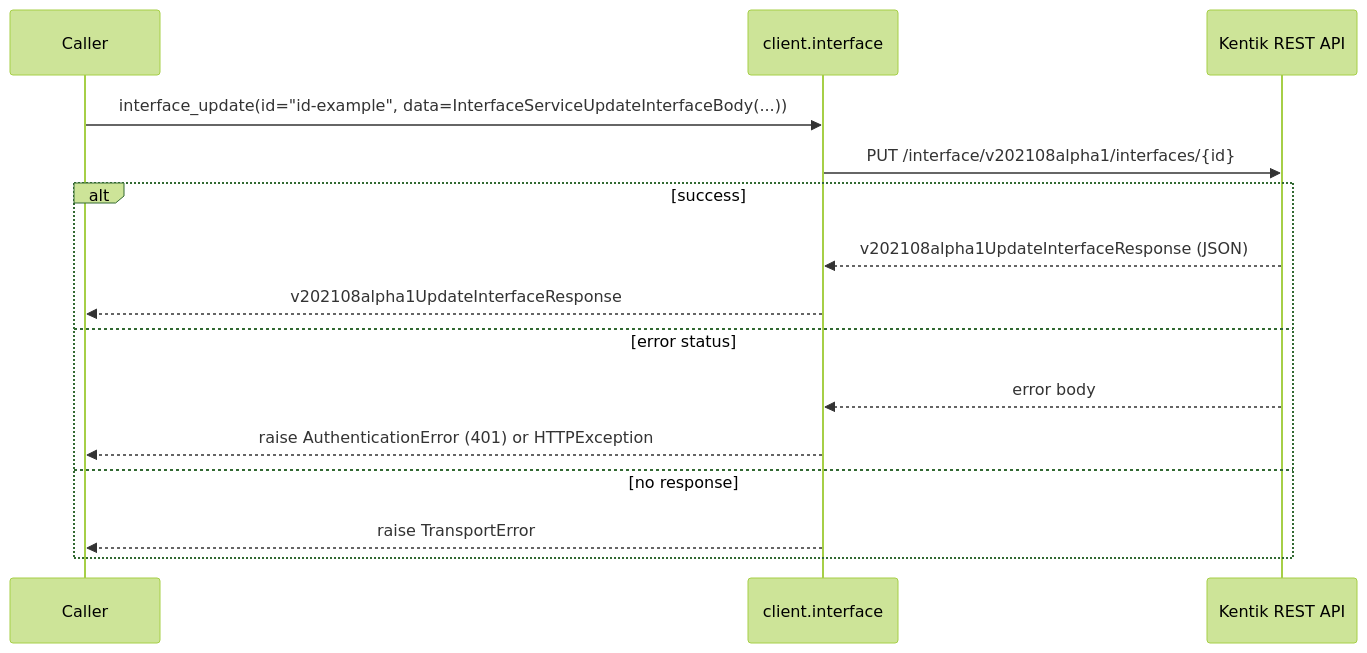
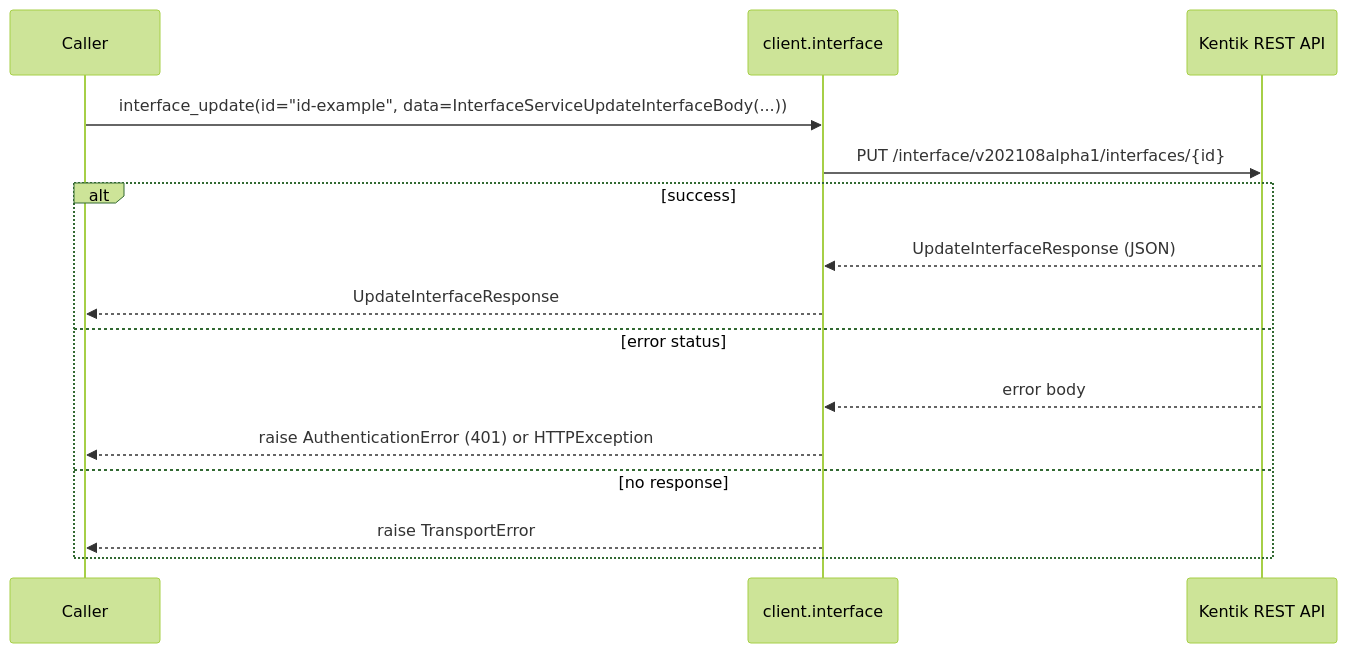
The eighth of 14 diagrams in docs/sphinx/services/interface.md (alexdearaujo/community_sdk_python), drawn with Mermaid (forest theme) before and after one commit. The commit also changed other lines of this file and 38 other files, not shown here.

````diff
--- a/docs/sphinx/services/interface.md
+++ b/docs/sphinx/services/interface.md
@@ -270,18 +270,18 @@
 ```mermaid
 sequenceDiagram
     participant C as Caller
     participant W as client.interface
     participant API as Kentik REST API
 
     C->>W: interface_update(id="id-example", data=InterfaceServiceUpdateInterfaceBody(...))
     W->>API: PUT /interface/v202108alpha1/interfaces/{id}
     alt success
-        API-->>W: v202108alpha1UpdateInterfaceResponse (JSON)
-        W-->>C: v202108alpha1UpdateInterfaceResponse
+        API-->>W: UpdateInterfaceResponse (JSON)
+        W-->>C: UpdateInterfaceResponse
     else error status
         API-->>W: error body
         W-->>C: raise AuthenticationError (401) or HTTPException
     else no response
         W-->>C: raise TransportError
     end
 ```
````
